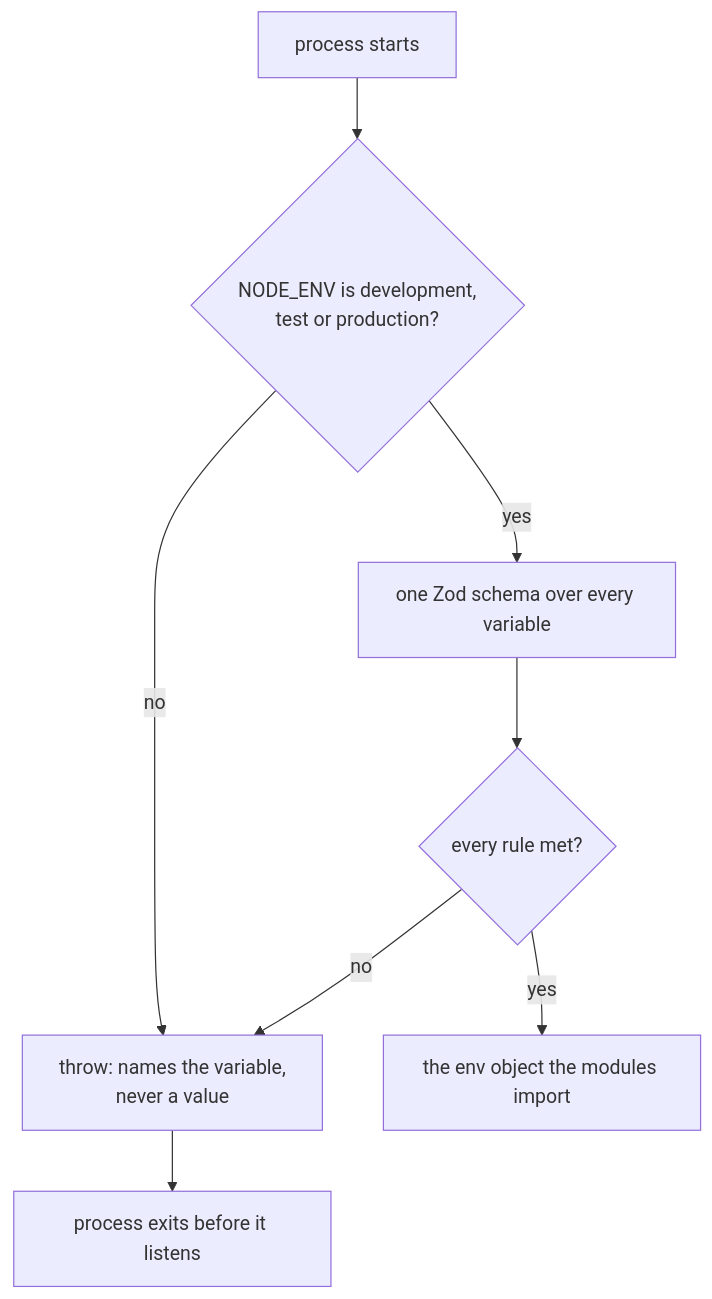
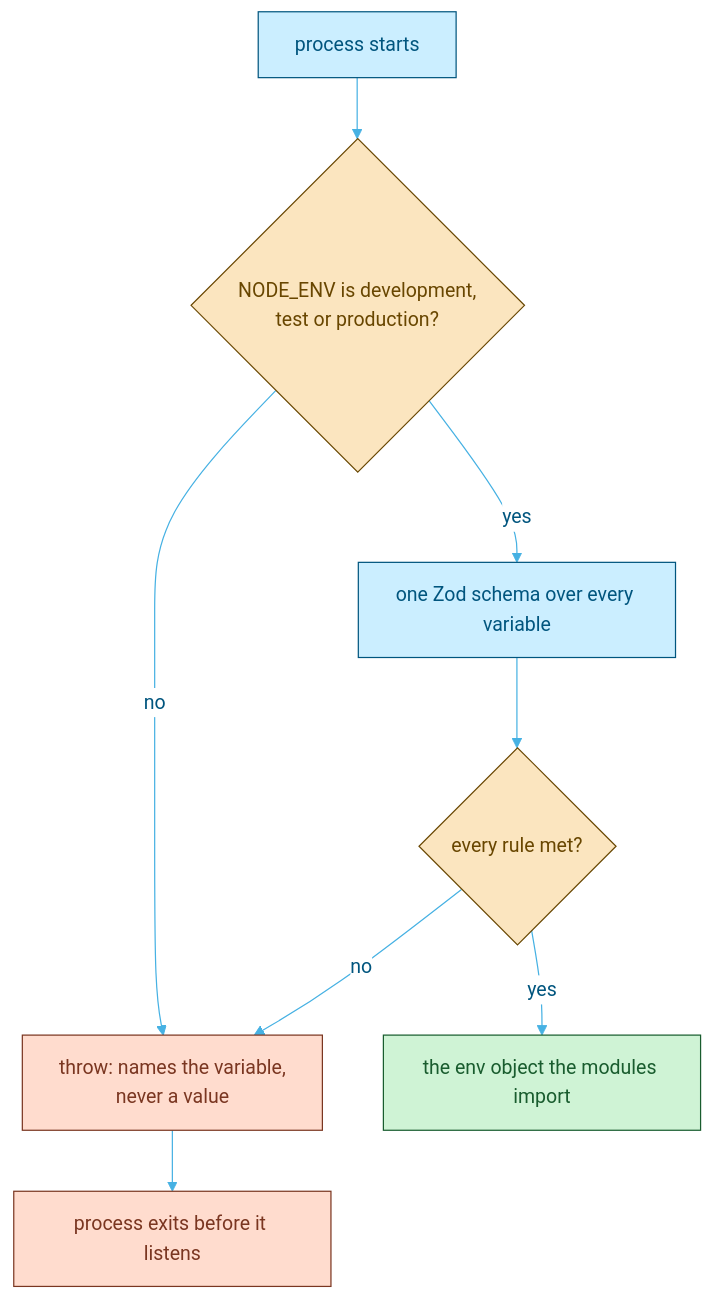
The third of 3 diagrams in docs/ENVIRONMENT.md (kfeuerschvenger/BreezyBoard), drawn with Mermaid before and after one commit. The commit also changed other lines of this file and 6 other files, not shown here.

Commit message:
docs: split the deep docs into architecture, environment, testing, CI, API and roadmap

````diff
--- a/docs/ENVIRONMENT.md
+++ b/docs/ENVIRONMENT.md
@@ -116,10 +152,17 @@
 ```mermaid
+%%{init: {"theme": "base", "themeVariables": {"fontFamily": "Segoe UI, Helvetica, Arial, sans-serif", "primaryColor": "#cbeeff", "primaryBorderColor": "#00557e", "primaryTextColor": "#00557e", "lineColor": "#46b1e3", "textColor": "#2f7fa8", "edgeLabelBackground": "#ffffff"}}}%%
 flowchart TD
   Start["process starts"] --> Node{"NODE_ENV is development,<br/>test or production?"}
   Node -->|no| Refuse["throw: names the variable,<br/>never a value"]
   Node -->|yes| Schema["one Zod schema over every variable"]
   Schema --> Rules{"every rule met?"}
   Rules -->|no| Refuse
   Rules -->|yes| Config["the env object the modules import"]
   Refuse --> Exit["process exits before it listens"]
+  classDef sand fill:#fbe5bf,stroke:#684600,color:#684600
+  classDef coral fill:#ffdcce,stroke:#7a3621,color:#7a3621
+  classDef green fill:#cff3d5,stroke:#195c2e,color:#195c2e
+  class Node,Rules sand
+  class Refuse,Exit coral
+  class Config green
 ```
````
